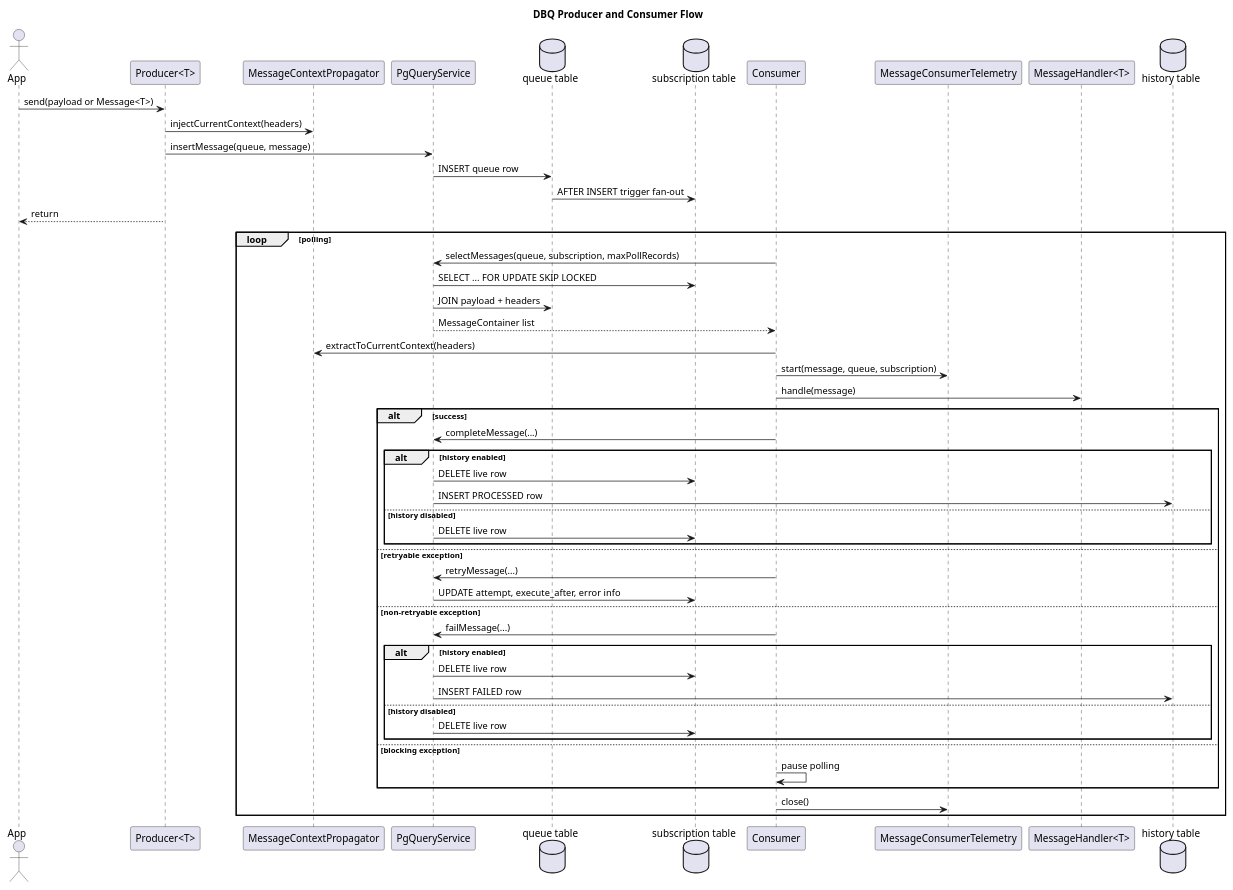
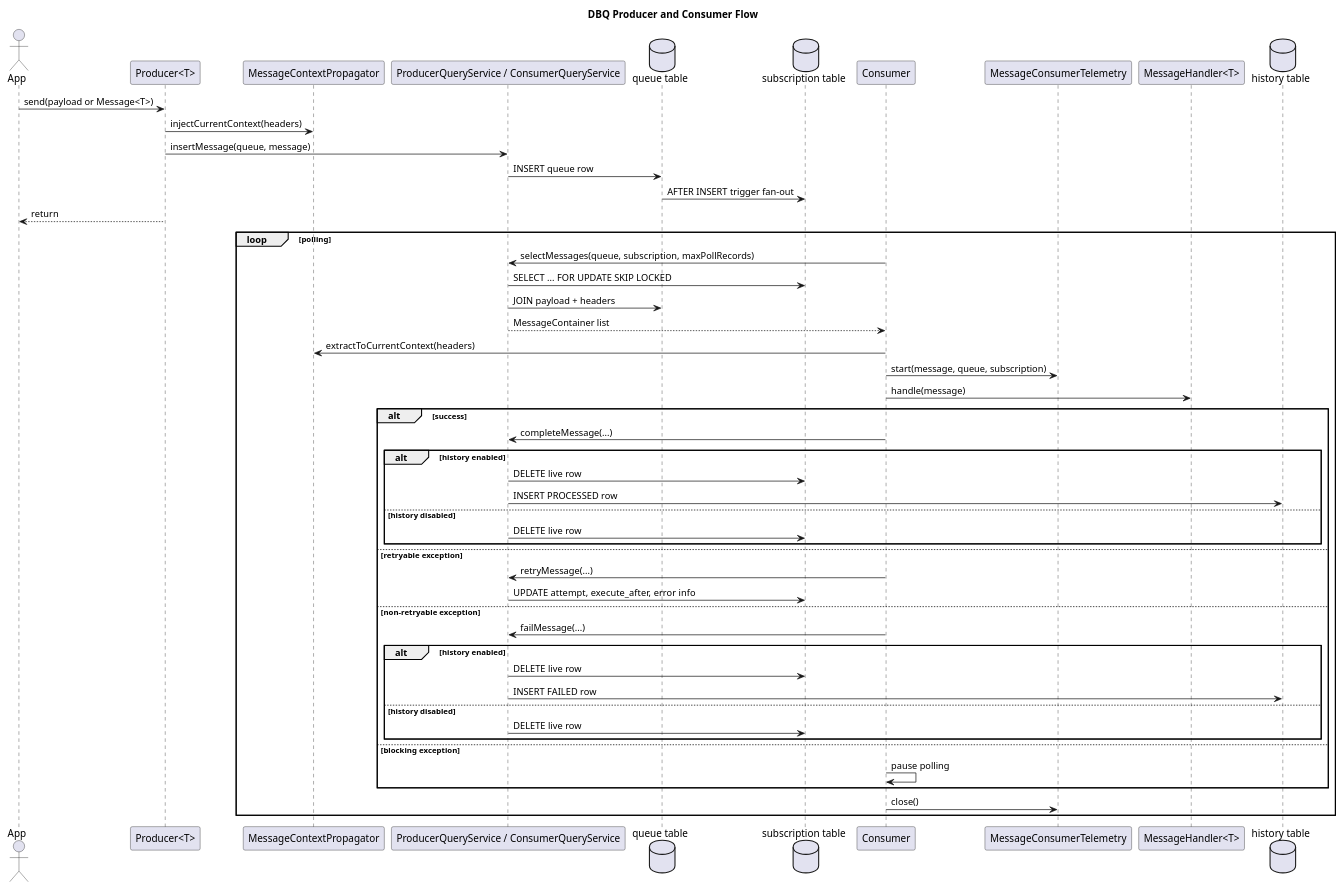
The first of 2 diagrams in DOCUMENTATION.MD (pkokoshnikov/dbq), drawn with PlantUML before and after one commit. The commit also changed other lines of this file and 3 other files, not shown here.

Commit message:
Refactoring pg query service part 13

````diff
--- a/DOCUMENTATION.MD
+++ b/DOCUMENTATION.MD
@@ -518,59 +521,59 @@
 ```plantuml
 @startuml
 title DBQ Producer and Consumer Flow
 
 actor App
 participant "Producer<T>" as Producer
 participant "MessageContextPropagator" as Propagator
-participant "PgQueryService" as Query
+participant "ProducerQueryService / ConsumerQueryService" as Query
 database "queue table" as Queue
 database "subscription table" as Subscription
 participant "Consumer" as Consumer
 participant "MessageConsumerTelemetry" as Telemetry
 participant "MessageHandler<T>" as Handler
 database "history table" as History
 
 App -> Producer : send(payload or Message<T>)
 Producer -> Propagator : injectCurrentContext(headers)
 Producer -> Query : insertMessage(queue, message)
 Query -> Queue : INSERT queue row
 Queue -> Subscription : AFTER INSERT trigger fan-out
 Producer --> App : return
 
 loop polling
   Consumer -> Query : selectMessages(queue, subscription, maxPollRecords)
   Query -> Subscription : SELECT ... FOR UPDATE SKIP LOCKED
   Query -> Queue : JOIN payload + headers
   Query --> Consumer : MessageContainer list
   Consumer -> Propagator : extractToCurrentContext(headers)
   Consumer -> Telemetry : start(message, queue, subscription)
   Consumer -> Handler : handle(message)
 
   alt success
     Consumer -> Query : completeMessage(...)
     alt history enabled
       Query -> Subscription : DELETE live row
       Query -> History : INSERT PROCESSED row
     else history disabled
       Query -> Subscription : DELETE live row
     end
   else retryable exception
     Consumer -> Query : retryMessage(...)
     Query -> Subscription : UPDATE attempt, execute_after, error info
   else non-retryable exception
     Consumer -> Query : failMessage(...)
     alt history enabled
       Query -> Subscription : DELETE live row
       Query -> History : INSERT FAILED row
     else history disabled
       Query -> Subscription : DELETE live row
     end
   else blocking exception
     Consumer -> Consumer : pause polling
   end
 
   Consumer -> Telemetry : close()
 end
 
 @enduml
 ```
````
